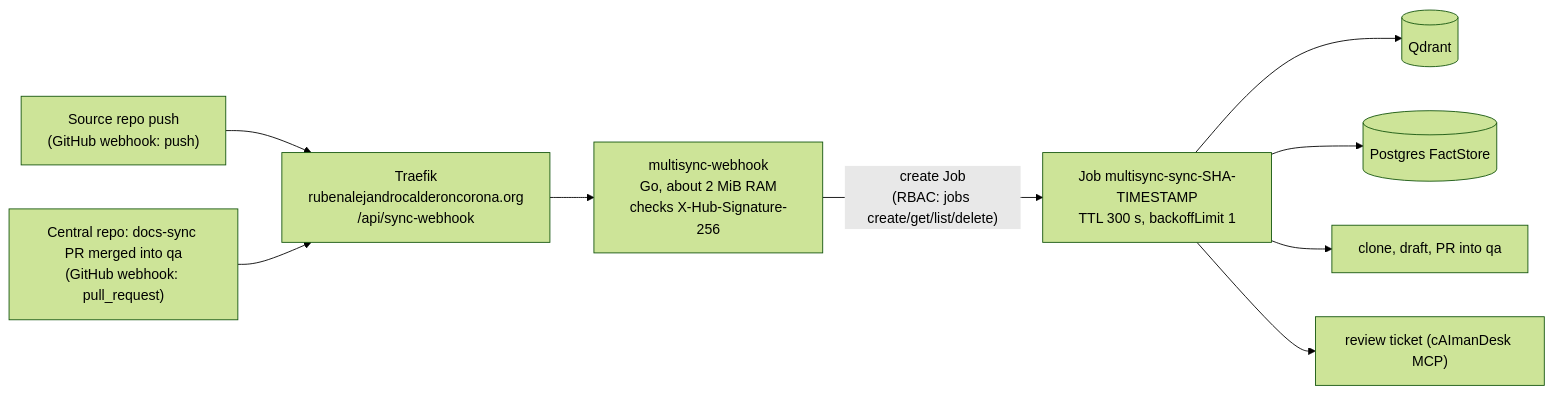
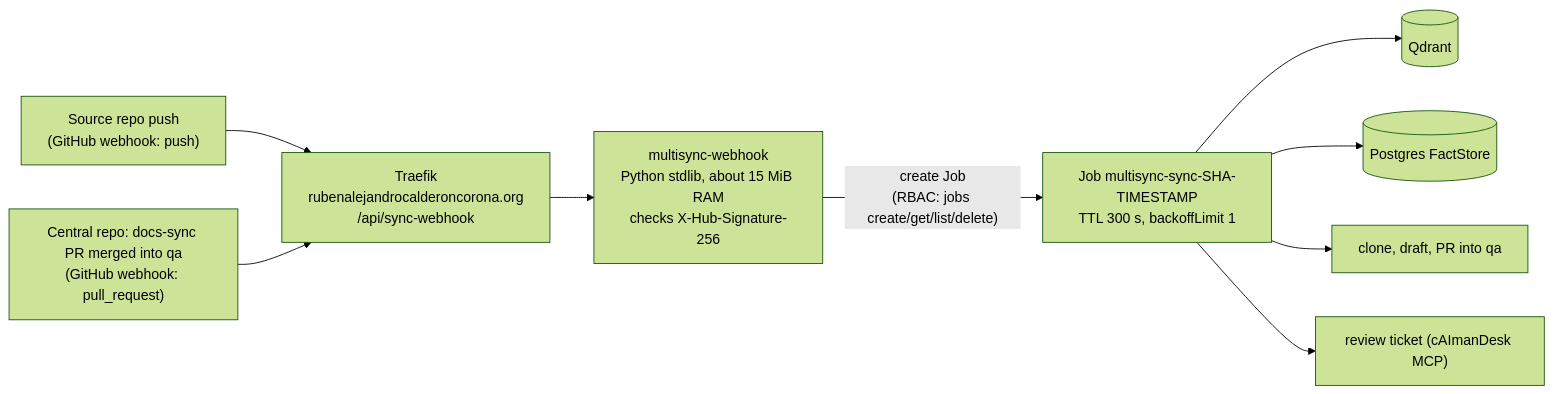
Before and after one commit to rubenalejandrocalderoncorona/ai-multisync-tool: the diagram in docs/WEBHOOK-JOBS.md, drawn with Mermaid (forest theme). The commit also changed other lines of this file and 148 other files, not shown here.

````diff
--- a/docs/WEBHOOK-JOBS.md
+++ b/docs/WEBHOOK-JOBS.md
@@ -5,11 +5,11 @@
 ```mermaid
 flowchart LR
   SRC["Source repo push<br/>(GitHub webhook: push)"] --> ING
   CEN["Central repo: docs-sync PR merged into qa<br/>(GitHub webhook: pull_request)"] --> ING
-  ING["Traefik<br/>rubenalejandrocalderoncorona.org<br/>/api/sync-webhook"] --> WH["multisync-webhook<br/>Go, about 2 MiB RAM<br/>checks X-Hub-Signature-256"]
+  ING["Traefik<br/>rubenalejandrocalderoncorona.org<br/>/api/sync-webhook"] --> WH["multisync-webhook<br/>Python stdlib, about 15 MiB RAM<br/>checks X-Hub-Signature-256"]
   WH -->|"create Job<br/>(RBAC: jobs create/get/list/delete)"| J["Job multisync-sync-SHA-TIMESTAMP<br/>TTL 300 s, backoffLimit 1"]
   J --> Q[("Qdrant")]
   J --> P[("Postgres FactStore")]
   J --> GH["clone, draft, PR into qa"]
   J --> T["review ticket (cAImanDesk MCP)"]
 ```
````
